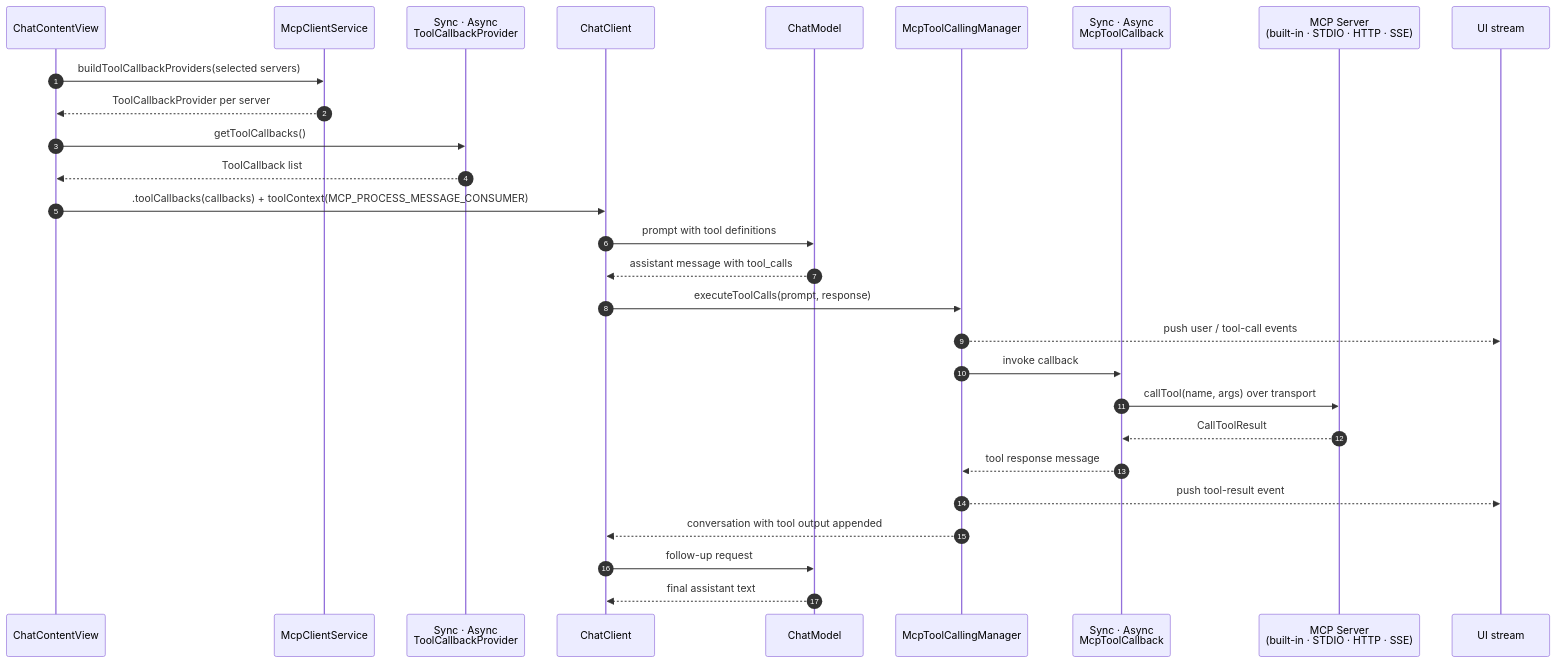
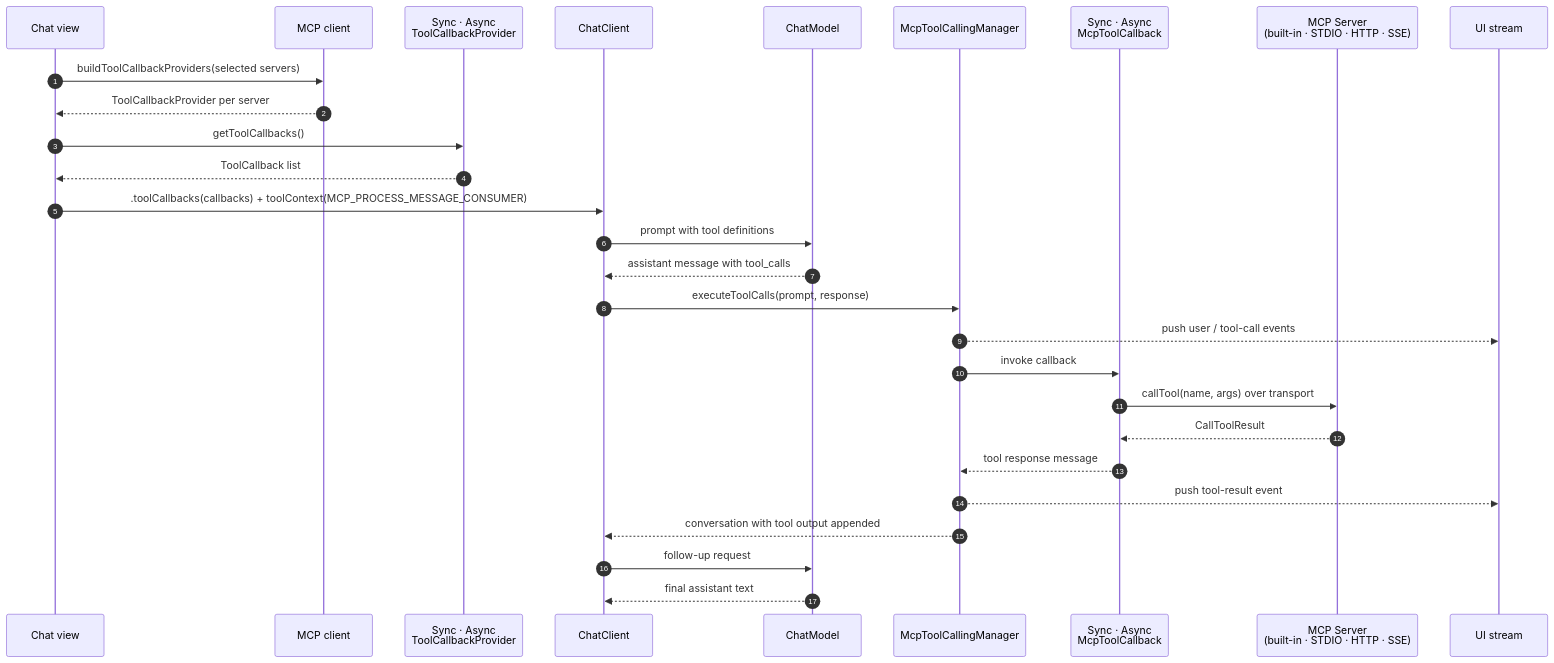
Before and after one commit to spring-ai-community/spring-ai-playground: the eighth of 9 diagrams in docs/architecture.md, drawn with Mermaid. The commit also changed other lines of this file and 55 other files, not shown here.

Commit message:
docs: add human-in-the-loop pages, refresh architecture and catalog docs, document setup-time preset and exposure drawer

````diff
--- a/docs/architecture.md
+++ b/docs/architecture.md
@@ -246,31 +296,31 @@
 ```mermaid
 sequenceDiagram
     autonumber
-    participant CCV as ChatContentView
-    participant MCS as McpClientService
+    participant CCV as Chat view
+    participant MCS as MCP client
     participant PROV as Sync · Async<br/>ToolCallbackProvider
     participant CCL as ChatClient
     participant MODEL as ChatModel
     participant TCM as McpToolCallingManager
     participant CB as Sync · Async<br/>McpToolCallback
     participant MCP as MCP Server<br/>(built-in · STDIO · HTTP · SSE)
     participant UI as UI stream
 
     CCV->>MCS: buildToolCallbackProviders(selected servers)
     MCS-->>CCV: ToolCallbackProvider per server
     CCV->>PROV: getToolCallbacks()
     PROV-->>CCV: ToolCallback list
     CCV->>CCL: .toolCallbacks(callbacks) + toolContext(MCP_PROCESS_MESSAGE_CONSUMER)
     CCL->>MODEL: prompt with tool definitions
     MODEL-->>CCL: assistant message with tool_calls
     CCL->>TCM: executeToolCalls(prompt, response)
     TCM-->>UI: push user / tool-call events
     TCM->>CB: invoke callback
     CB->>MCP: callTool(name, args) over transport
     MCP-->>CB: CallToolResult
     CB-->>TCM: tool response message
     TCM-->>UI: push tool-result event
     TCM-->>CCL: conversation with tool output appended
     CCL->>MODEL: follow-up request
     MODEL-->>CCL: final assistant text
 ```
````
